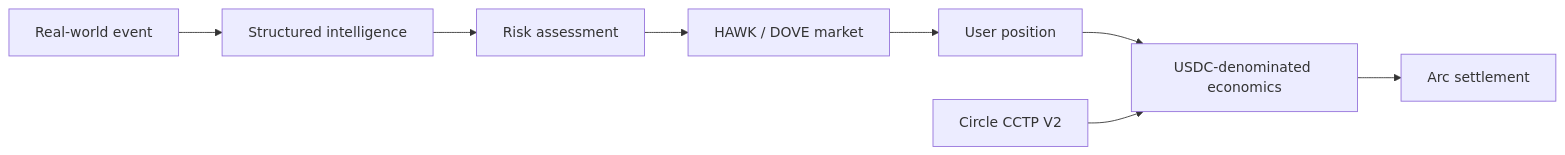
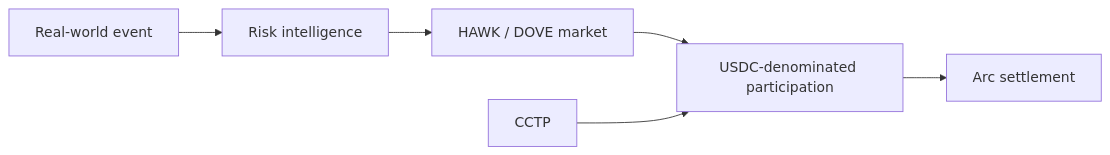
Before and after one commit to blocknine0/geomacro: the ninth of 9 diagrams in README.md, drawn with Mermaid. The commit also changed other lines of this file, not shown here.

````diff
--- a/README.md
+++ b/README.md
@@ -1197,11 +690,8 @@
 ```mermaid
-flowchart LR
-    EVENT[Real-world event] --> INTEL[Structured intelligence]
-    INTEL --> RISK[Risk assessment]
-    RISK --> MARKET[HAWK / DOVE market]
-    MARKET --> POSITION[User position]
-    POSITION --> USDC[USDC-denominated economics]
-    USDC --> ARC[Arc settlement]
-
-    CCTP[Circle CCTP V2] --> USDC
+graph LR;
+    EVENT["Real-world event"] --> INTEL["Risk intelligence"];
+    INTEL --> MARKET["HAWK / DOVE market"];
+    MARKET --> USDC["USDC-denominated participation"];
+    CCTP["CCTP"] --> USDC;
+    USDC --> ARC["Arc settlement"];
 ```
````
